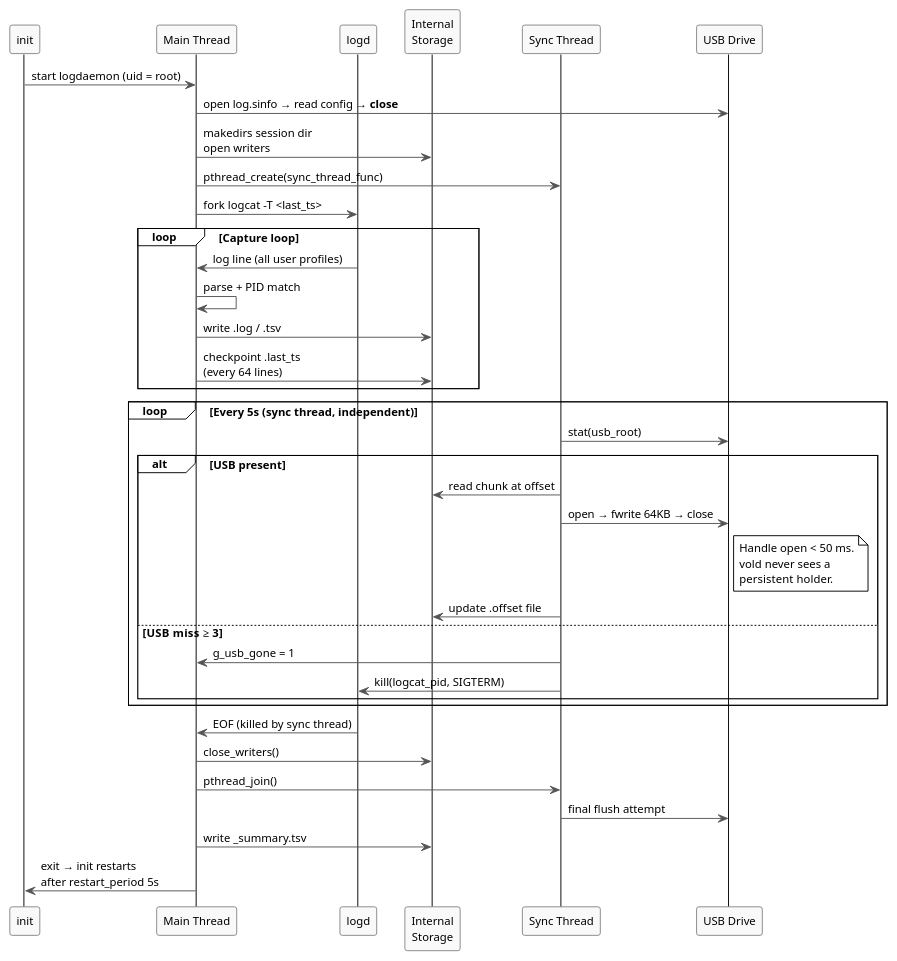
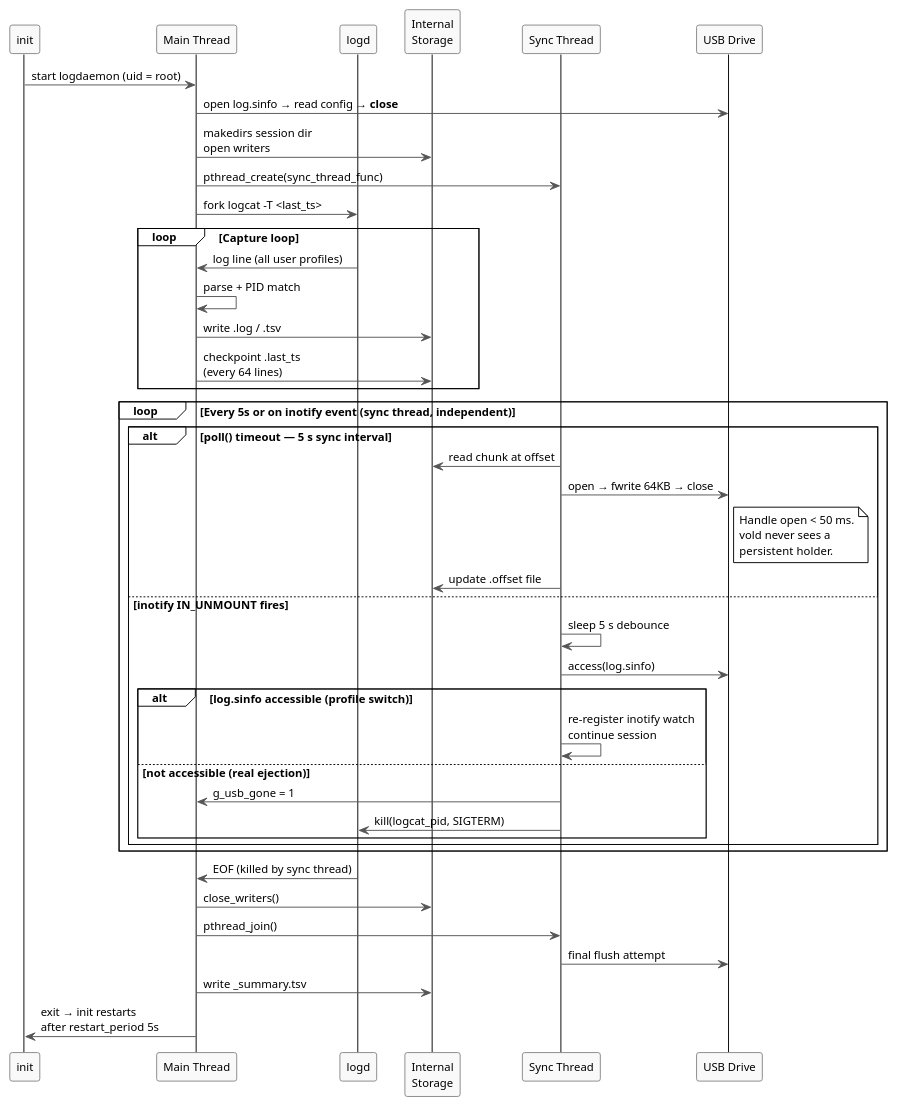
One commit to katnoriaaayush/Android-Logger changed the third of 3 diagrams in docs/logv4-init-daemon.md. Above: the diagram before and after it, drawn with PlantUML. The commit also changed other lines of this file, not shown here.

First line of the commit message:
docs: update logv4-init-daemon for inotify USB event implementation

````diff
--- a/docs/logv4-init-daemon.md
+++ b/docs/logv4-init-daemon.md
@@ -304,54 +330,59 @@
 ```plantuml
 @startuml
 !theme plain
 skinparam sequenceArrowColor #555555
 skinparam sequenceParticipantBorderColor #888888
 skinparam sequenceParticipantBackgroundColor #f9f9f9
 skinparam defaultFontSize 12
 
 participant "init" as init
 participant "Main Thread" as main
 participant "logd" as logd
 participant "Internal\nStorage" as stor
 participant "Sync Thread" as sync
 participant "USB Drive" as usb
 
 init -> main : start logdaemon (uid = root)
 main -> usb  : open log.sinfo → read config → **close**
 main -> stor : makedirs session dir\nopen writers
 main -> sync : pthread_create(sync_thread_func)
 main -> logd : fork logcat -T <last_ts>
 
 loop Capture loop
   logd  -> main : log line (all user profiles)
   main  -> main : parse + PID match
   main  -> stor : write .log / .tsv
   main  -> stor : checkpoint .last_ts\n(every 64 lines)
 end
 
-loop Every 5s (sync thread, independent)
-  sync -> usb  : stat(usb_root)
-  alt USB present
+loop Every 5s or on inotify event (sync thread, independent)
+  alt poll() timeout — 5 s sync interval
     sync -> stor : read chunk at offset
     sync -> usb  : open → fwrite 64KB → close
     note right of usb
       Handle open < 50 ms.
       vold never sees a
       persistent holder.
     end note
     sync -> stor : update .offset file
-  else USB miss ≥ 3
-    sync -> main : g_usb_gone = 1
-    sync -> logd : kill(logcat_pid, SIGTERM)
+  else inotify IN_UNMOUNT fires
+    sync -> sync : sleep 5 s debounce
+    sync -> usb  : access(log.sinfo)
+    alt log.sinfo accessible (profile switch)
+      sync -> sync : re-register inotify watch\ncontinue session
+    else not accessible (real ejection)
+      sync -> main : g_usb_gone = 1
+      sync -> logd : kill(logcat_pid, SIGTERM)
+    end
   end
 end
 
 logd  -> main : EOF (killed by sync thread)
 main  -> stor : close_writers()
 main  -> sync : pthread_join()
 sync  -> usb  : final flush attempt
 main  -> stor : write _summary.tsv
 main  -> init : exit → init restarts\nafter restart_period 5s
 
 @enduml
 ```
````
